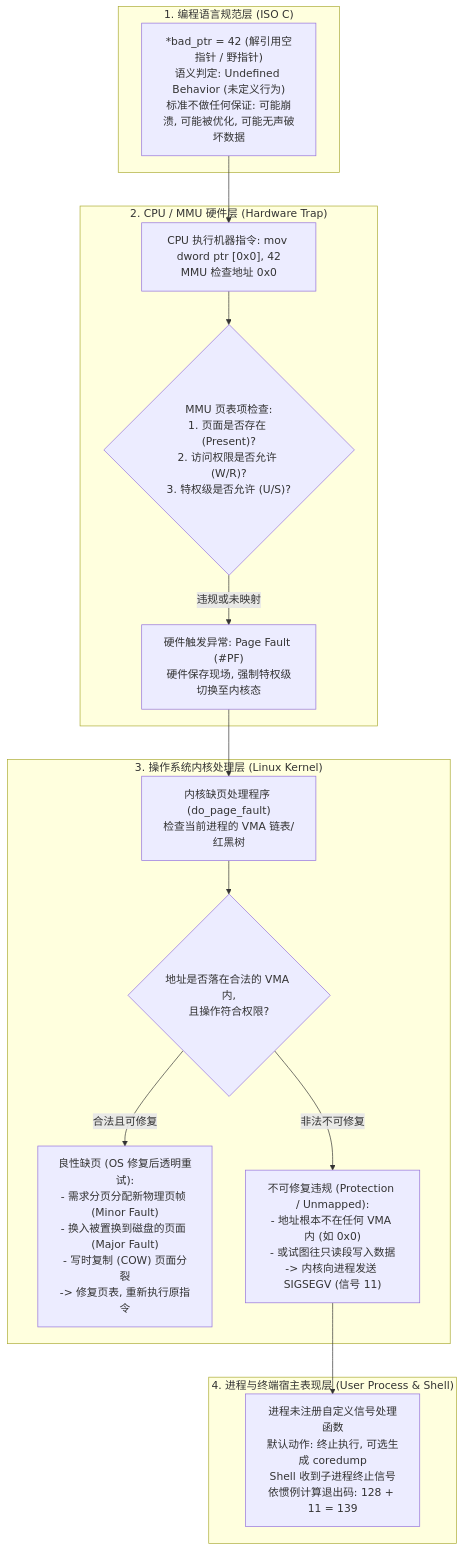
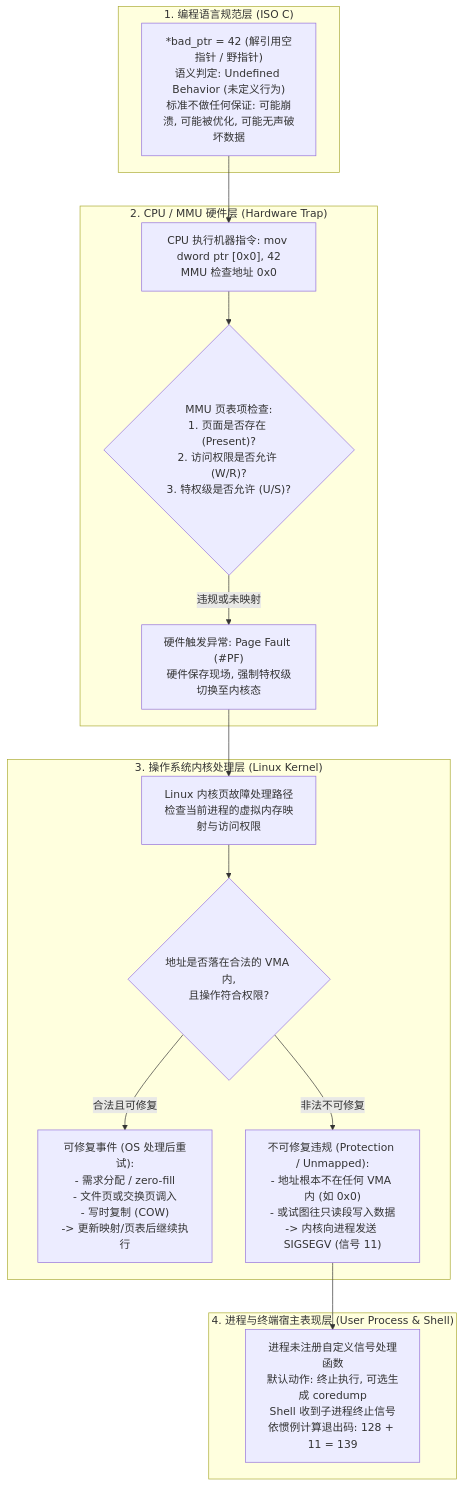
The diagram in book/07-virtual-memory-isolation/L07-03.md (CN-JJB/essential-cs), drawn with Mermaid before and after one commit. The commit also changed other lines of this file, not shown here.

Commit message:
Lead SIMPLE FIX: remove stale kernel internals and bound fault accounting

````diff
--- a/book/07-virtual-memory-isolation/L07-03.md
+++ b/book/07-virtual-memory-isolation/L07-03.md
@@ -45,32 +45,32 @@
 ```mermaid
 flowchart TD
     subgraph Layer1["1. 编程语言规范层 (ISO C)"]
         UB["*bad_ptr = 42 (解引用空指针 / 野指针)\n语义判定: Undefined Behavior (未定义行为)\n标准不做任何保证: 可能崩溃, 可能被优化, 可能无声破坏数据"]
     end
 
     subgraph Layer2["2. CPU / MMU 硬件层 (Hardware Trap)"]
         EXEC["CPU 执行机器指令: mov dword ptr [0x0], 42\nMMU 检查地址 0x0"]
         MMU_CHECK{"MMU 页表项检查:\n1. 页面是否存在 (Present)?\n2. 访问权限是否允许 (W/R)?\n3. 特权级是否允许 (U/S)?"}
         TRAP["硬件触发异常: Page Fault (#PF)\n硬件保存现场, 强制特权级切换至内核态"]
     end
 
     subgraph Layer3["3. 操作系统内核处理层 (Linux Kernel)"]
-        HANDLER["内核缺页处理程序 (do_page_fault)\n检查当前进程的 VMA 链表/红黑树"]
+        HANDLER["Linux 内核页故障处理路径\n检查当前进程的虚拟内存映射与访问权限"]
         DECIDE{"地址是否落在合法的 VMA 内,\n且操作符合权限?"}
-        RESOLVE["良性缺页 (OS 修复后透明重试):\n- 需求分页分配新物理页帧 (Minor Fault)\n- 换入被置换到磁盘的页面 (Major Fault)\n- 写时复制 (COW) 页面分裂\n-> 修复页表, 重新执行原指令"]
+        RESOLVE["可修复事件 (OS 处理后重试):\n- 需求分配 / zero-fill\n- 文件页或交换页调入\n- 写时复制 (COW)\n-> 更新映射/页表后继续执行"]
         REJECT["不可修复违规 (Protection / Unmapped):\n- 地址根本不在任何 VMA 内 (如 0x0)\n- 或试图往只读段写入数据\n-> 内核向进程发送 SIGSEGV (信号 11)"]
     end
 
     subgraph Layer4["4. 进程与终端宿主表现层 (User Process & Shell)"]
         TERM["进程未注册自定义信号处理函数\n默认动作: 终止执行, 可选生成 coredump\nShell 收到子进程终止信号\n依惯例计算退出码: 128 + 11 = 139"]
     end
 
     UB --> EXEC
     EXEC --> MMU_CHECK
     MMU_CHECK -->|违规或未映射| TRAP
     TRAP --> HANDLER
     HANDLER --> DECIDE
     DECIDE -->|合法且可修复| RESOLVE
     DECIDE -->|非法不可修复| REJECT
     REJECT --> TERM
 ```
````
